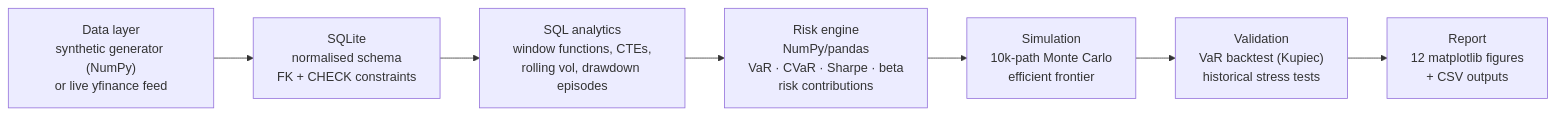
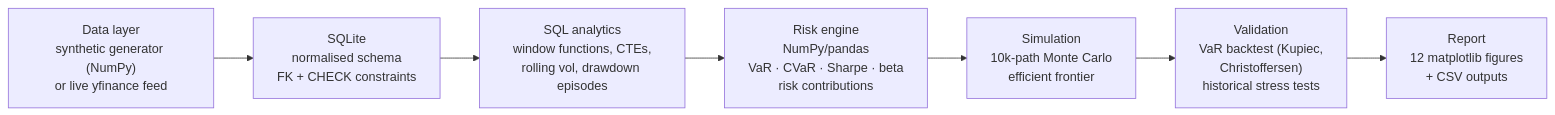
One commit to amanmir100-source/portfolio-risk-analytics changed the diagram in README.md. Above: the diagram before and after it, drawn with Mermaid. The commit also changed other lines of this file and 35 other files, not shown here.

````diff
--- a/README.md
+++ b/README.md
@@ -18,9 +18,9 @@
 ```mermaid
 flowchart LR
     A["Data layer<br/>synthetic generator (NumPy)<br/>or live yfinance feed"] --> B["SQLite<br/>normalised schema<br/>FK + CHECK constraints"]
     B --> C["SQL analytics<br/>window functions, CTEs,<br/>rolling vol, drawdown episodes"]
     C --> D["Risk engine<br/>NumPy/pandas<br/>VaR · CVaR · Sharpe · beta<br/>risk contributions"]
     D --> E["Simulation<br/>10k-path Monte Carlo<br/>efficient frontier"]
-    E --> G["Validation<br/>VaR backtest (Kupiec)<br/>historical stress tests"]
+    E --> G["Validation<br/>VaR backtest (Kupiec,<br/>Christoffersen)<br/>historical stress tests"]
     G --> F["Report<br/>12 matplotlib figures<br/>+ CSV outputs"]
 ```
````
